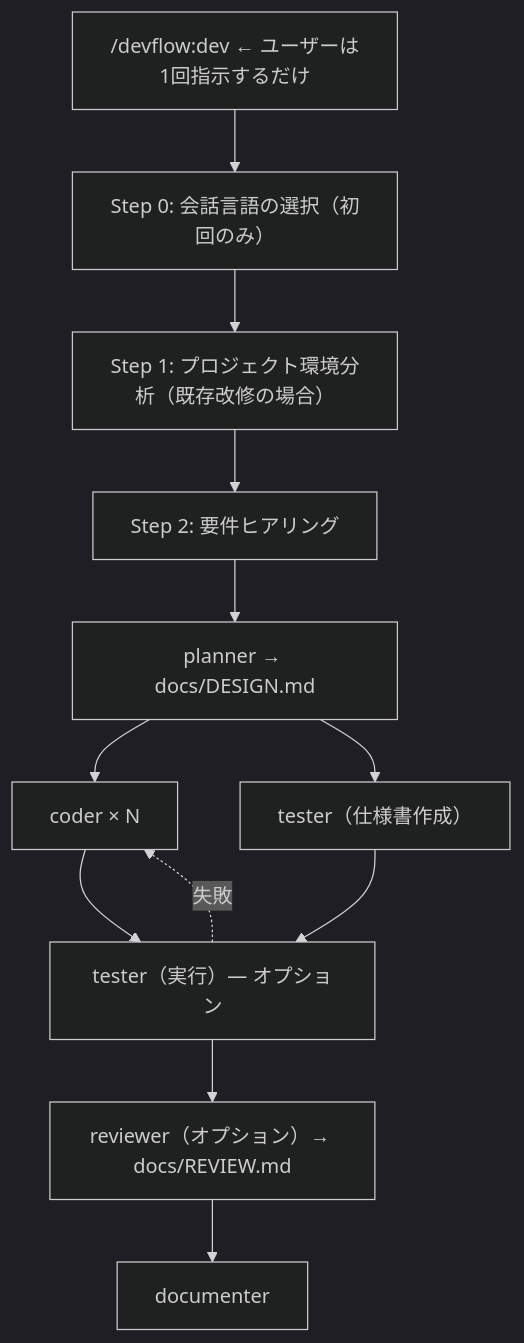
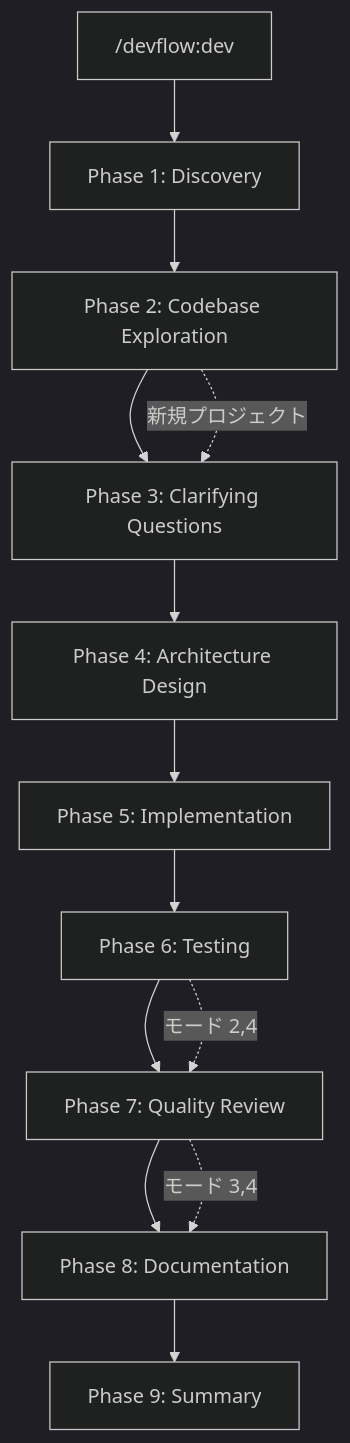
Before and after one commit to shumatsumonobu/dotagents: the diagram in devflow/README.ja.md, drawn with Mermaid (dark theme). The commit also changed other lines of this file and 22 other files, not shown here.

````diff
--- a/devflow/README.ja.md
+++ b/devflow/README.ja.md
@@ -88,12 +97,16 @@
 ```mermaid
 flowchart TD
-    A["/devflow:dev ← ユーザーは1回指示するだけ"] --> B["Step 0: 会話言語の選択（初回のみ）"]
-    B --> C["Step 1: プロジェクト環境分析（既存改修の場合）"]
-    C --> D["Step 2: 要件ヒアリング"]
-    D --> E["planner → docs/DESIGN.md"]
-    E --> F["coder × N"] & G["tester（仕様書作成）"]
-    F & G --> H["tester（実行）— オプション"]
-    H -. 失敗 .-> F
-    H --> I["reviewer（オプション）→ docs/REVIEW.md"]
-    I --> J[documenter]
+    A["/devflow:dev"] --> B["Phase 1: Discovery"]
+    B --> C["Phase 2: Codebase Exploration"]
+    C --> D["Phase 3: Clarifying Questions"]
+    D --> E["Phase 4: Architecture Design"]
+    E --> F["Phase 5: Implementation"]
+    F --> G["Phase 6: Testing"]
+    G --> H["Phase 7: Quality Review"]
+    H --> I["Phase 8: Documentation"]
+    I --> J["Phase 9: Summary"]
+
+    C -. "新規プロジェクト" .-> D
+    G -. "モード 2,4" .-> H
+    H -. "モード 3,4" .-> I
 ```
````
